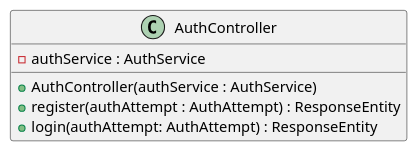
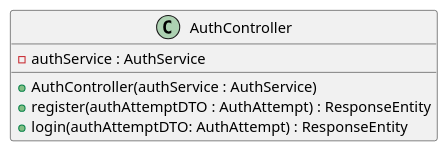
One commit to MoermansJ/eindwerk_backEnd changed the first of 3 diagrams in docs/classDiagram.md. Above: the diagram before and after it, drawn with PlantUML. The commit also changed other lines of this file and 11 other files, not shown here.

````diff
--- a/docs/classDiagram.md
+++ b/docs/classDiagram.md
@@ -5,13 +5,13 @@
 ```plantuml
 @startuml
 
 class AuthController {
 	- authService : AuthService
 
 	+ AuthController(authService : AuthService)
-	+ register(authAttempt : AuthAttempt) : ResponseEntity
-	+ login(authAttempt: AuthAttempt) : ResponseEntity
+	+ register(authAttemptDTO : AuthAttempt) : ResponseEntity
+	+ login(authAttemptDTO: AuthAttempt) : ResponseEntity
 }
 
 @enduml
 ```
````
